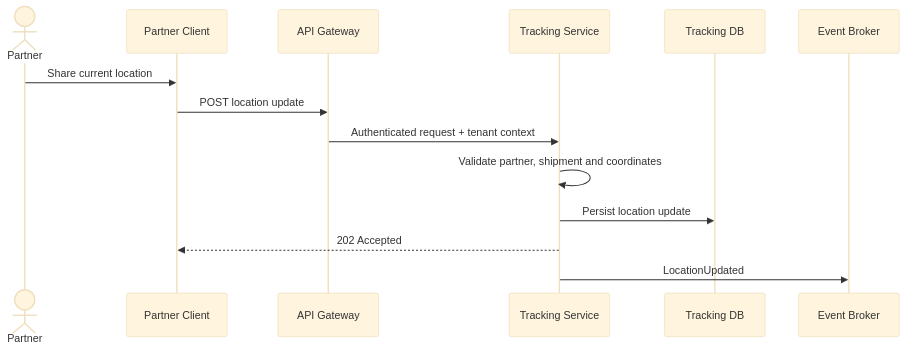
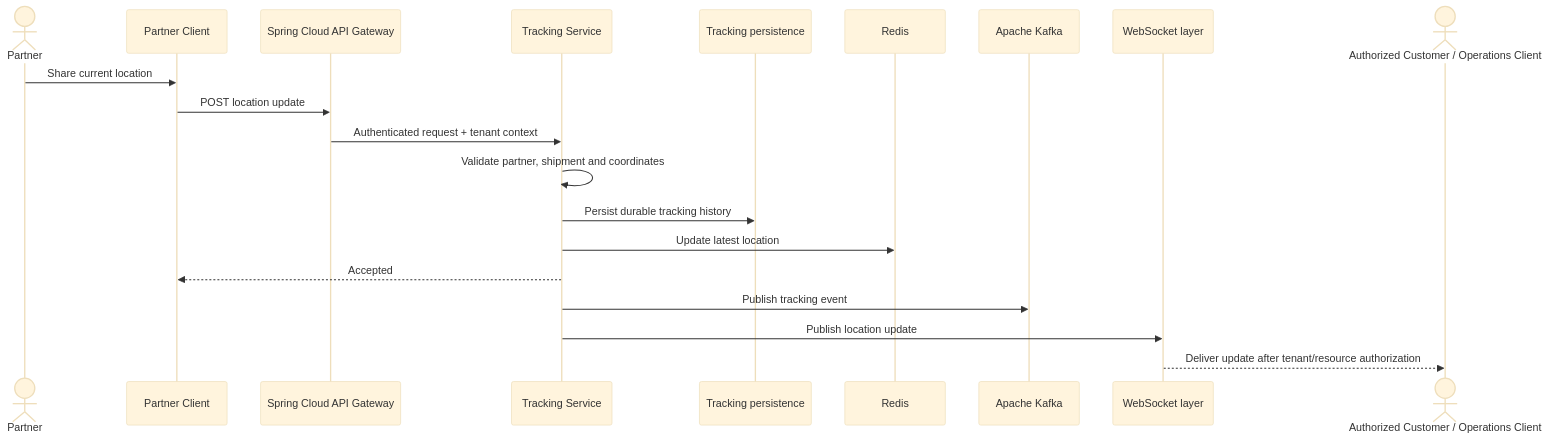
Before and after one commit to surajdavid/FleetPulse: the fifth of 5 diagrams in docs/03-low-level-design/sequence.diagram.md, drawn with Mermaid (base theme). The commit also changed other lines of this file and 16 other files, not shown here.

````diff
--- a/docs/03-low-level-design/sequence.diagram.md
+++ b/docs/03-low-level-design/sequence.diagram.md
@@ -73,16 +104,22 @@
 ```mermaid
 sequenceDiagram
   actor Partner
   participant Client as Partner Client
-  participant GW as API Gateway
+  participant GW as Spring Cloud API Gateway
   participant TS as Tracking Service
-  participant TDB as Tracking DB
-  participant Broker as Event Broker
+  participant TDB as Tracking persistence
+  participant REDIS as Redis
+  participant Broker as Apache Kafka
+  participant WS as WebSocket layer
+  actor Viewer as Authorized Customer / Operations Client
   Partner->>Client: Share current location
   Client->>GW: POST location update
   GW->>TS: Authenticated request + tenant context
   TS->>TS: Validate partner, shipment and coordinates
-  TS->>TDB: Persist location update
-  TS-->>Client: 202 Accepted
-  TS->>Broker: LocationUpdated
+  TS->>TDB: Persist durable tracking history
+  TS->>REDIS: Update latest location
+  TS-->>Client: Accepted
+  TS->>Broker: Publish tracking event
+  TS->>WS: Publish location update
+  WS-->>Viewer: Deliver update after tenant/resource authorization
 ```
````
